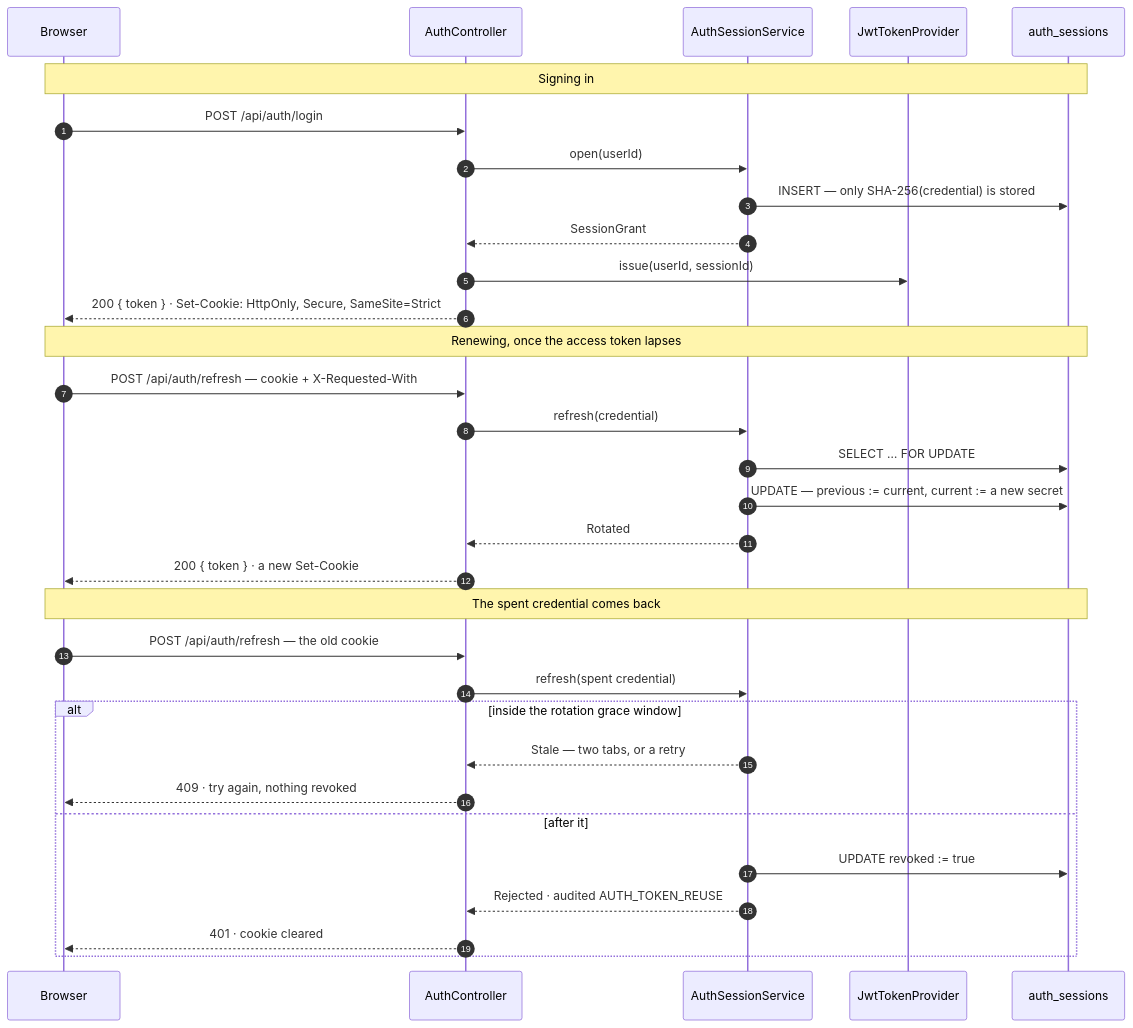
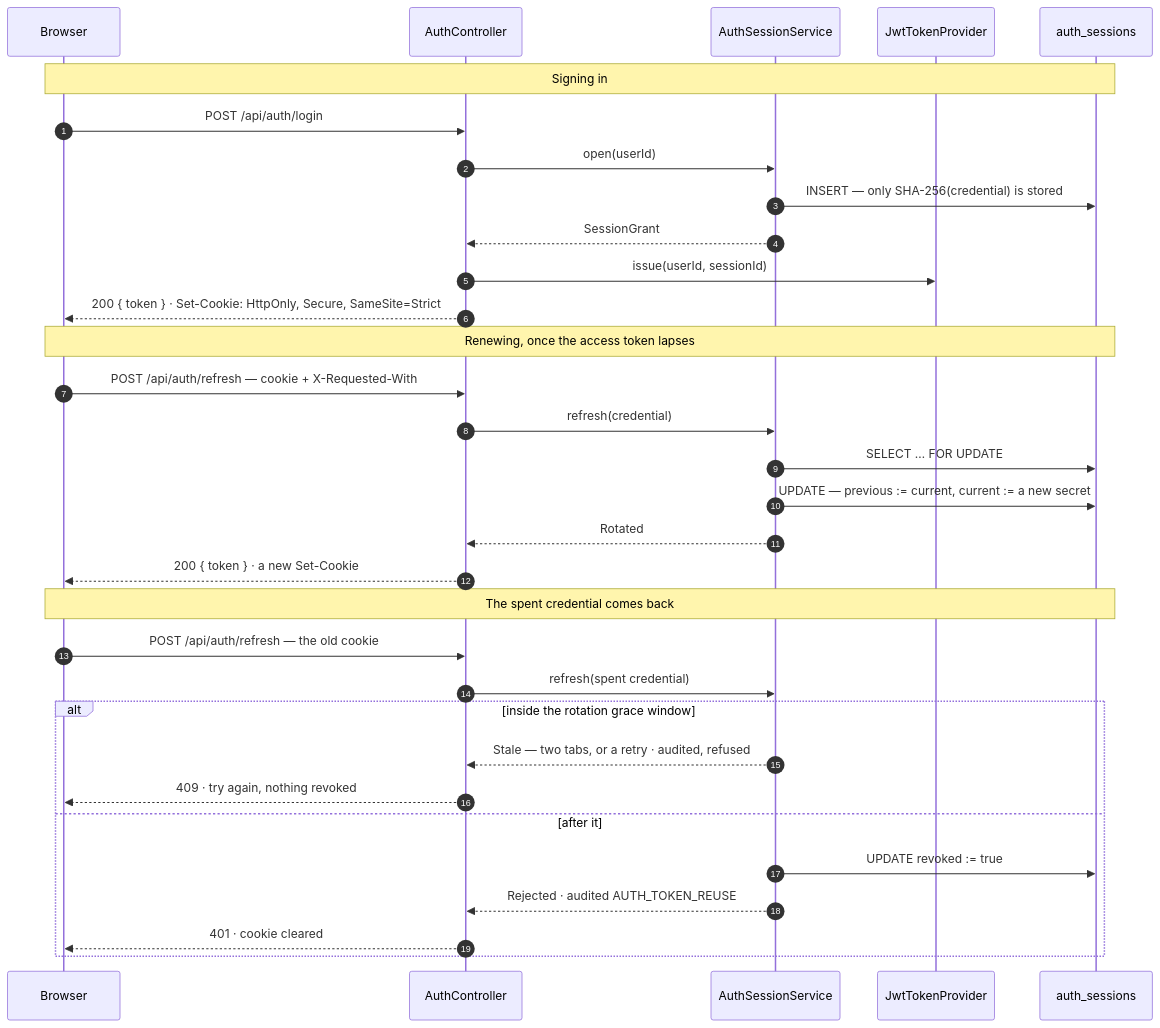
Before and after one commit to NaimElijah/UpHealther: the diagram in docs/architecture/architecture.md, drawn with Mermaid. The commit also changed other lines of this file and 7 other files, not shown here.

````diff
--- a/docs/architecture/architecture.md
+++ b/docs/architecture/architecture.md
@@ -199,37 +199,37 @@
 ```mermaid
 sequenceDiagram
     autonumber
     participant B as Browser
     participant C as AuthController
     participant S as AuthSessionService
     participant J as JwtTokenProvider
     participant DB as auth_sessions
 
     Note over B,DB: Signing in
     B->>C: POST /api/auth/login
     C->>S: open(userId)
     S->>DB: INSERT — only SHA-256(credential) is stored
     S-->>C: SessionGrant
     C->>J: issue(userId, sessionId)
     C-->>B: 200 { token } · Set-Cookie: HttpOnly, Secure, SameSite=Strict
 
     Note over B,DB: Renewing, once the access token lapses
     B->>C: POST /api/auth/refresh — cookie + X-Requested-With
     C->>S: refresh(credential)
     S->>DB: SELECT … FOR UPDATE
     S->>DB: UPDATE — previous := current, current := a new secret
     S-->>C: Rotated
     C-->>B: 200 { token } · a new Set-Cookie
 
     Note over B,DB: The spent credential comes back
     B->>C: POST /api/auth/refresh — the old cookie
     C->>S: refresh(spent credential)
     alt inside the rotation grace window
-        S-->>C: Stale — two tabs, or a retry
+        S-->>C: Stale — two tabs, or a retry · audited, refused
         C-->>B: 409 · try again, nothing revoked
     else after it
         S->>DB: UPDATE revoked := true
         S-->>C: Rejected · audited AUTH_TOKEN_REUSE
         C-->>B: 401 · cookie cleared
     end
 ```
````
